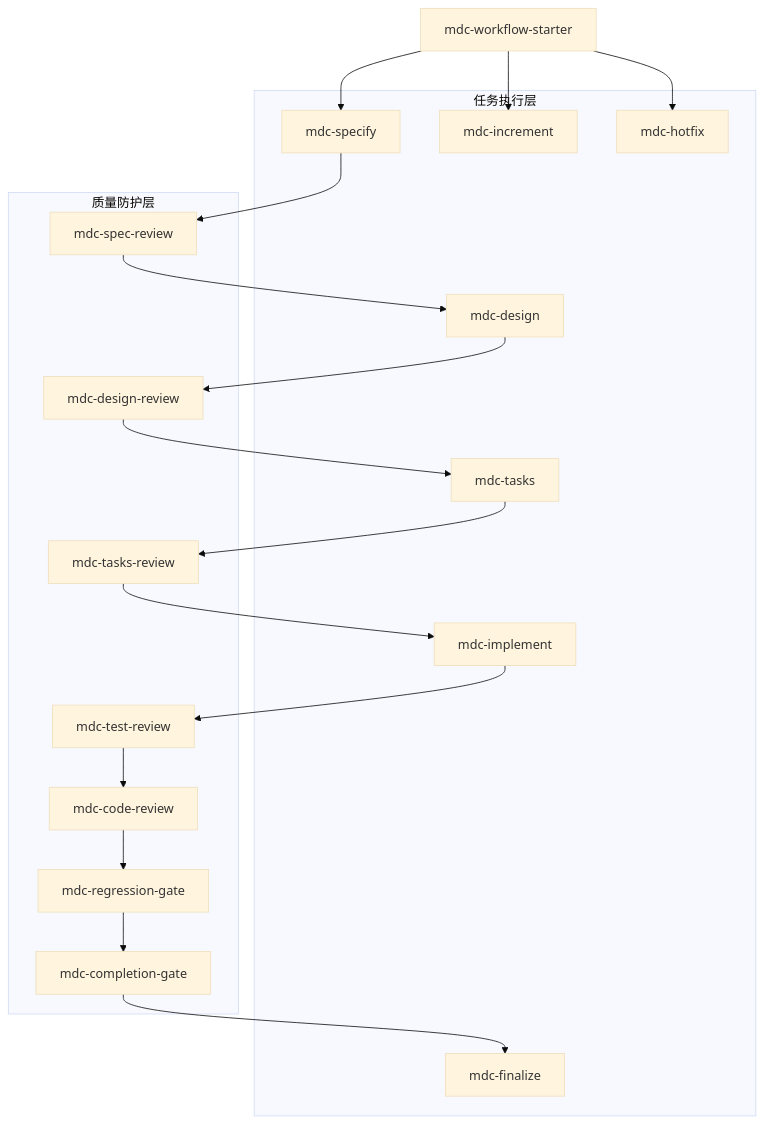
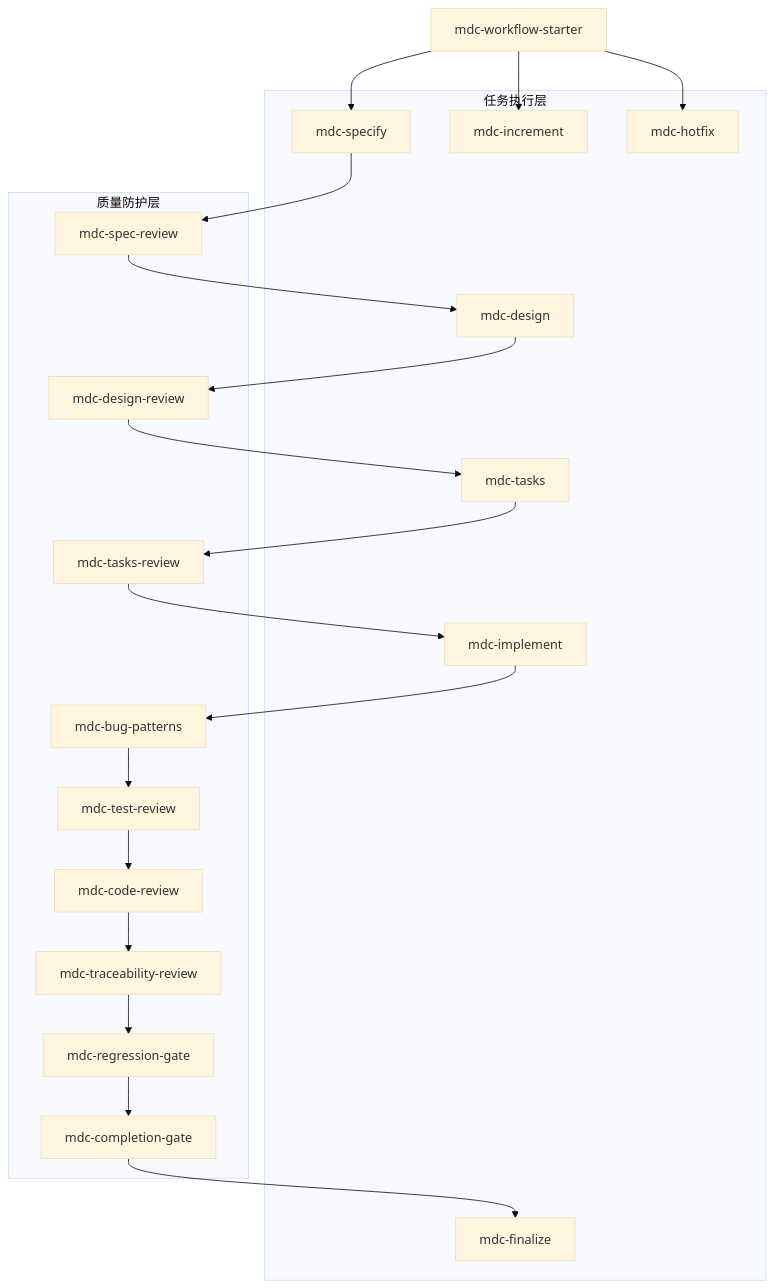
The first of 3 diagrams in workflow-skills/mdc-skills-design.md (hujianbest/garage-teams), drawn with Mermaid (base theme) before and after one commit. The commit also changed other lines of this file and 14 other files, not shown here.

````diff
--- a/workflow-skills/mdc-skills-design.md
+++ b/workflow-skills/mdc-skills-design.md
@@ -74,40 +74,44 @@
 ```mermaid
 flowchart TD
     starter[mdc-workflow-starter]
 
     subgraph executionLayer [任务执行层]
         workSpecify[mdc-specify]
         workDesign[mdc-design]
         workTasks[mdc-tasks]
         workImplement[mdc-implement]
         workIncrement[mdc-increment]
         workHotfix[mdc-hotfix]
         workFinalize[mdc-finalize]
     end
 
     subgraph qualityLayer [质量防护层]
         specReview[mdc-spec-review]
         designReview[mdc-design-review]
         tasksReview[mdc-tasks-review]
+        bugPatterns[mdc-bug-patterns]
         testReview[mdc-test-review]
         codeReview[mdc-code-review]
+        traceabilityReview[mdc-traceability-review]
         regressionGate[mdc-regression-gate]
         completionGate[mdc-completion-gate]
     end
 
     starter --> workSpecify
     workSpecify --> specReview
     specReview --> workDesign
     workDesign --> designReview
     designReview --> workTasks
     workTasks --> tasksReview
     tasksReview --> workImplement
-    workImplement --> testReview
+    workImplement --> bugPatterns
+    bugPatterns --> testReview
     testReview --> codeReview
-    codeReview --> regressionGate
+    codeReview --> traceabilityReview
+    traceabilityReview --> regressionGate
     regressionGate --> completionGate
     completionGate --> workFinalize
 
     starter --> workIncrement
     starter --> workHotfix
 ```
````
